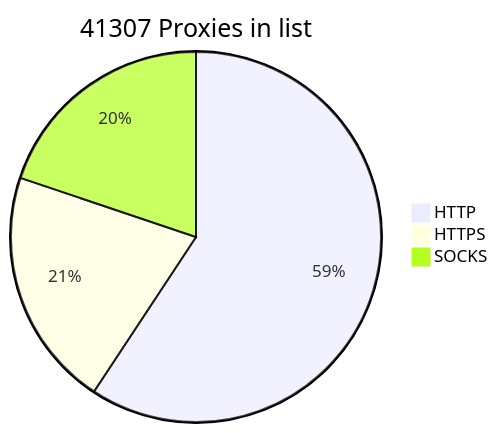
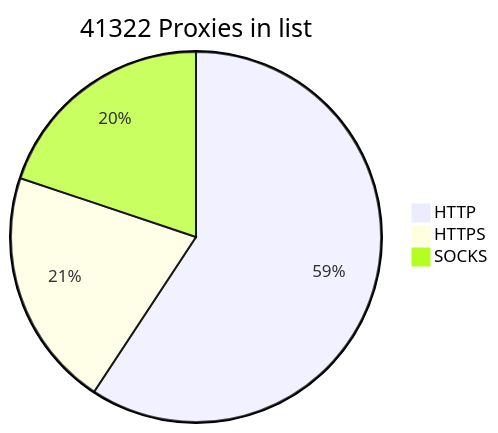
The diagram in README.md (BlackSnowDot/proxylist-update-every-minute), drawn with Mermaid before and after one commit.

````diff
--- a/README.md
+++ b/README.md
@@ -2,6 +2,6 @@
 ```mermaid
-pie title 41307 Proxies in list
+pie title 41322 Proxies in list
     "HTTP" : 28469
     "HTTPS": 10030
-    "SOCKS" : 9524
+    "SOCKS" : 9539
 ```
````
